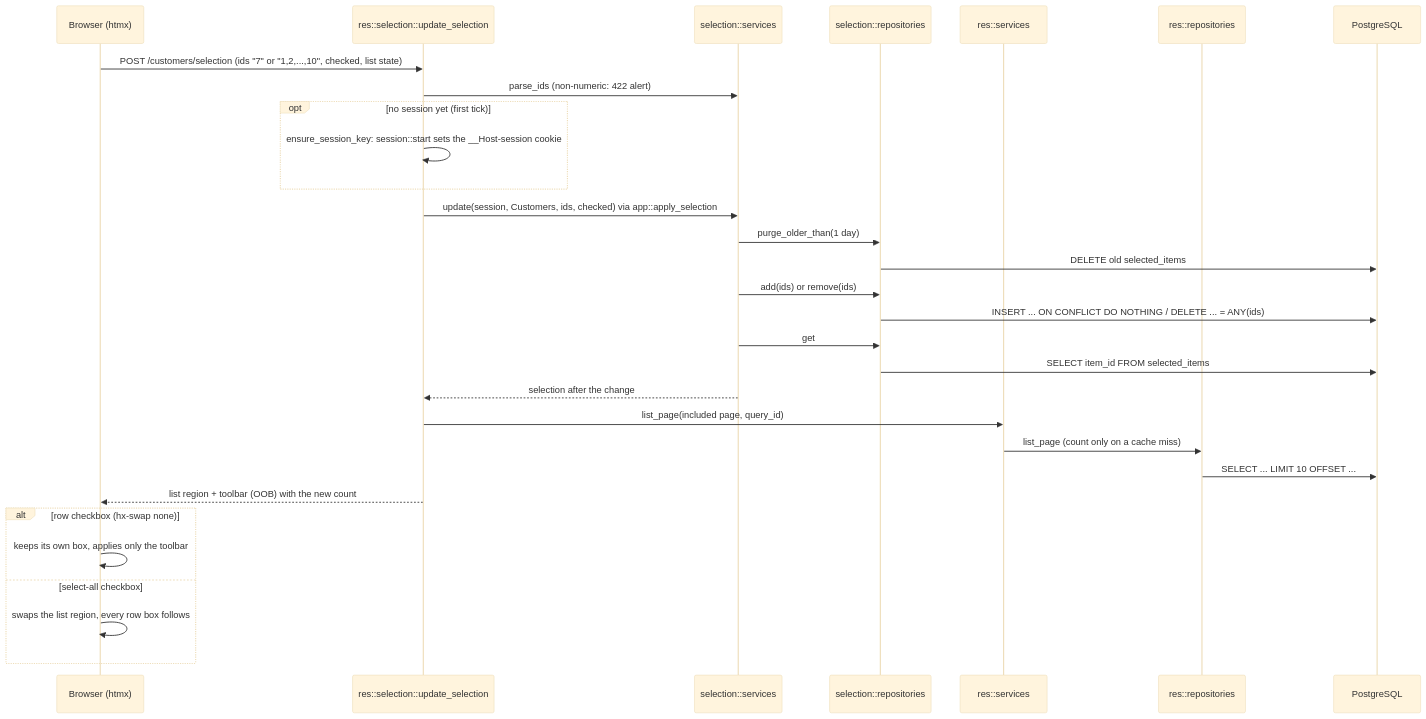
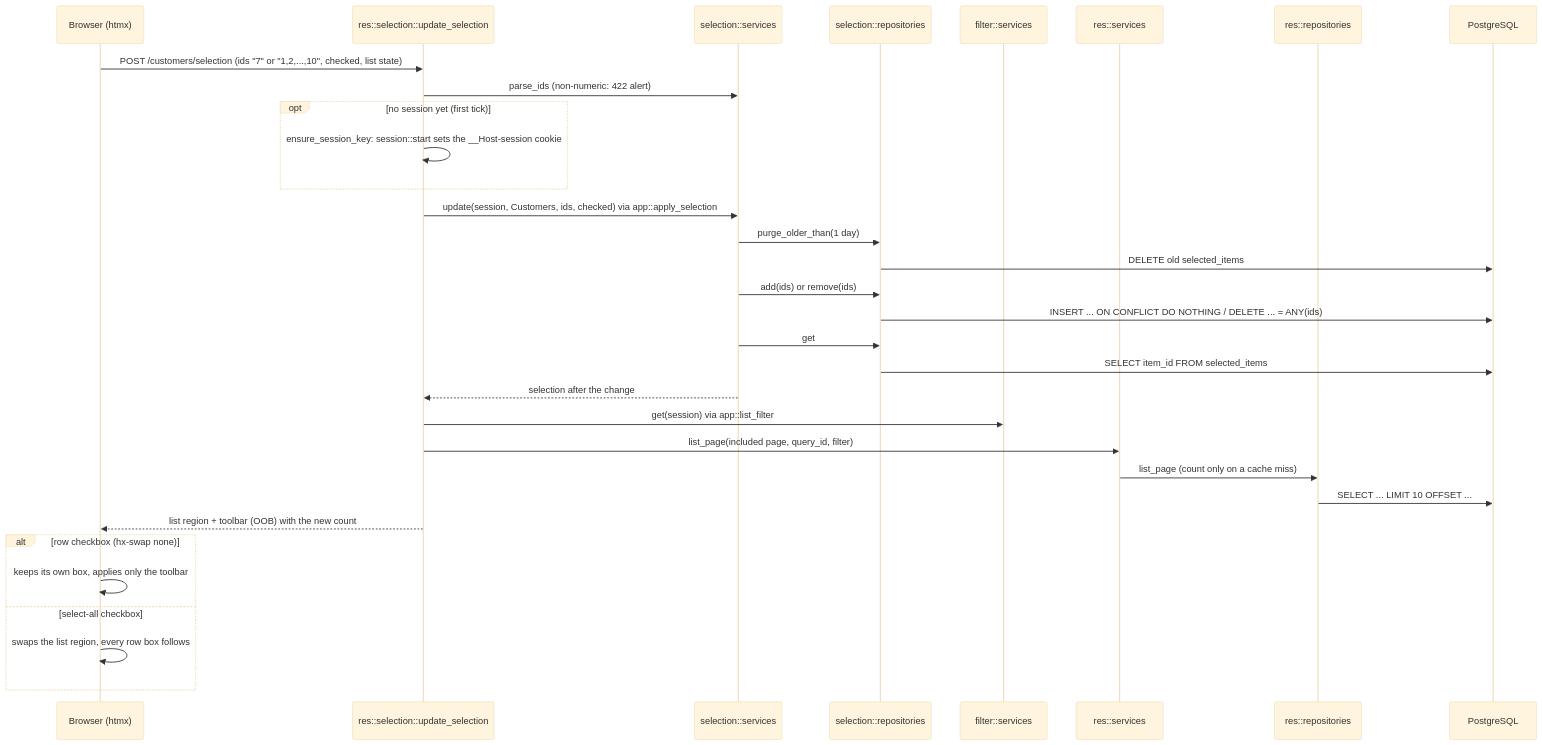
Before and after one commit to bunyawats/customer_crud_topcoat: the diagram in docs/interaction-diagrams/10-post-selection.md, drawn with Mermaid (base theme). The commit also changed 67 other files, not shown here.

First line of the commit message:
Add list search with criteria kept in a server-side filter object

````diff
--- a/docs/interaction-diagrams/10-post-selection.md
+++ b/docs/interaction-diagrams/10-post-selection.md
@@ -3,32 +3,34 @@
 ```mermaid
 sequenceDiagram
     participant B as Browser (htmx)
     participant H as res::selection::update_selection
     participant SelS as selection::services
     participant SelR as selection::repositories
+    participant FS as filter::services
     participant S as res::services
     participant R as res::repositories
     participant DB as PostgreSQL
     B->>H: POST /customers/selection (ids "7" or "1,2,...,10", checked, list state)
     H->>SelS: parse_ids (non-numeric: 422 alert)
     opt no session yet (first tick)
         H->>H: ensure_session_key: session::start sets the __Host-session cookie
     end
     H->>SelS: update(session, Customers, ids, checked) via app::apply_selection
     SelS->>SelR: purge_older_than(1 day)
     SelR->>DB: DELETE old selected_items
     SelS->>SelR: add(ids) or remove(ids)
     SelR->>DB: INSERT ... ON CONFLICT DO NOTHING / DELETE ... = ANY(ids)
     SelS->>SelR: get
     SelR->>DB: SELECT item_id FROM selected_items
     SelS-->>H: selection after the change
-    H->>S: list_page(included page, query_id)
+    H->>FS: get(session) via app::list_filter
+    H->>S: list_page(included page, query_id, filter)
     S->>R: list_page (count only on a cache miss)
     R->>DB: SELECT ... LIMIT 10 OFFSET ...
     H-->>B: list region + toolbar (OOB) with the new count
     alt row checkbox (hx-swap none)
         B->>B: keeps its own box, applies only the toolbar
     else select-all checkbox
         B->>B: swaps the list region, every row box follows
     end
 ```
````
